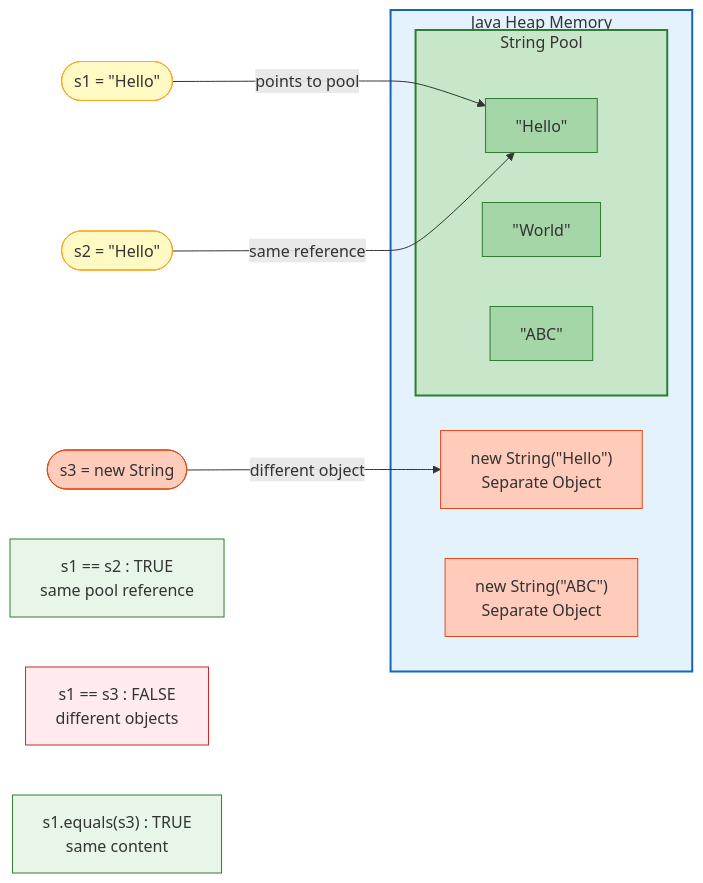
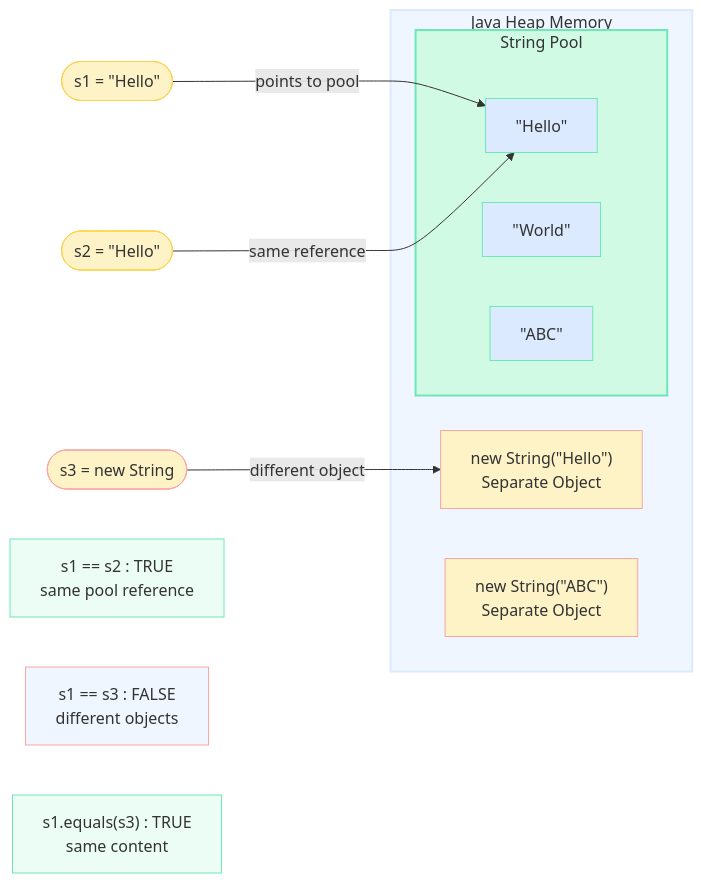
One commit to saivamsikaruturi/vamsilabs-dev-notes-main changed the first of 2 diagrams in docs/java/Strings.md. Above: the diagram before and after it, drawn with Mermaid. The commit also changed other lines of this file and 220 other files, not shown here.

First line of the commit message:
Add 50+ new Java/Spring Boot pages, rewrite CSS code blocks to Oracle style, fix all diagram colors

````diff
--- a/docs/java/Strings.md
+++ b/docs/java/Strings.md
@@ -9,36 +9,36 @@
 ```mermaid
 flowchart LR
     subgraph HEAP["Java Heap Memory"]
-        style HEAP fill:#e3f2fd,stroke:#1565c0,stroke-width:2px
+        style HEAP fill:#EFF6FF,stroke:#DBEAFE,stroke-width:2px
 
         subgraph POOL["String Pool"]
-            style POOL fill:#c8e6c9,stroke:#2e7d32,stroke-width:2px
+            style POOL fill:#D1FAE5,stroke:#6EE7B7,stroke-width:2px
             HELLO["&quot;Hello&quot;"]
             WORLD["&quot;World&quot;"]
             ABC["&quot;ABC&quot;"]
         end
 
         OBJ1["new String(&quot;Hello&quot;)<br/>Separate Object"]
         OBJ2["new String(&quot;ABC&quot;)<br/>Separate Object"]
     end
 
     s1([s1 = &quot;Hello&quot;]) -->|points to pool| HELLO
     s2([s2 = &quot;Hello&quot;]) -->|same reference| HELLO
     s3([s3 = new String]) -->|different object| OBJ1
 
     EQ1["s1 == s2  : TRUE<br/>same pool reference"]
     EQ2["s1 == s3  : FALSE<br/>different objects"]
     EQ3["s1.equals(s3) : TRUE<br/>same content"]
 
-    style s1 fill:#fff9c4,stroke:#f9a825
-    style s2 fill:#fff9c4,stroke:#f9a825
-    style s3 fill:#ffccbc,stroke:#e64a19
-    style OBJ1 fill:#ffccbc,stroke:#e64a19
-    style OBJ2 fill:#ffccbc,stroke:#e64a19
-    style HELLO fill:#a5d6a7,stroke:#2e7d32
-    style WORLD fill:#a5d6a7,stroke:#2e7d32
-    style ABC fill:#a5d6a7,stroke:#2e7d32
-    style EQ1 fill:#e8f5e9,stroke:#2e7d32
-    style EQ2 fill:#ffebee,stroke:#c62828
-    style EQ3 fill:#e8f5e9,stroke:#2e7d32
+    style s1 fill:#FEF3C7,stroke:#FCD34D
+    style s2 fill:#FEF3C7,stroke:#FCD34D
+    style s3 fill:#FEF3C7,stroke:#FCA5A5
+    style OBJ1 fill:#FEF3C7,stroke:#FCA5A5
+    style OBJ2 fill:#FEF3C7,stroke:#FCA5A5
+    style HELLO fill:#DBEAFE,stroke:#6EE7B7
+    style WORLD fill:#DBEAFE,stroke:#6EE7B7
+    style ABC fill:#DBEAFE,stroke:#6EE7B7
+    style EQ1 fill:#ECFDF5,stroke:#6EE7B7
+    style EQ2 fill:#EFF6FF,stroke:#FCA5A5
+    style EQ3 fill:#ECFDF5,stroke:#6EE7B7
 ```
````
